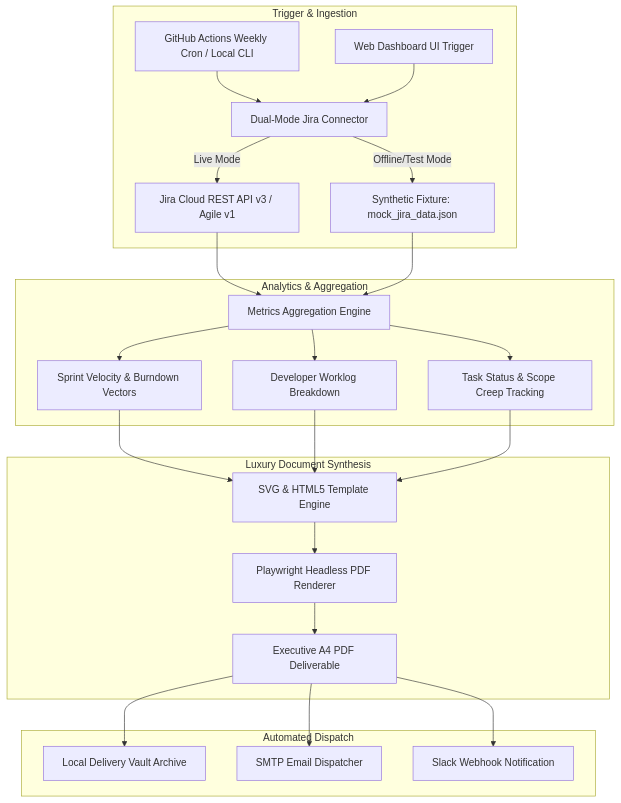
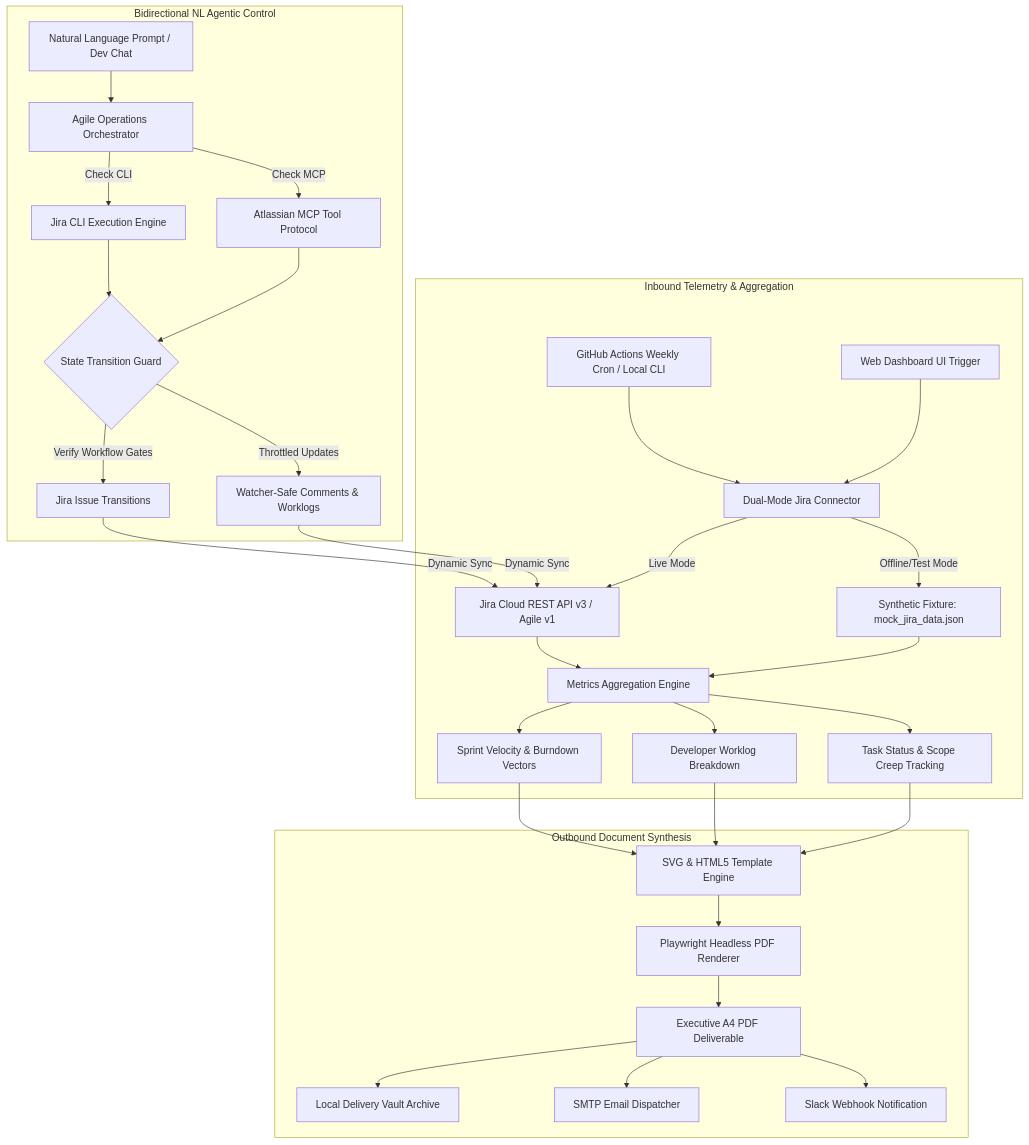
One commit to zadevpenseo/zadevpenseo.github.io changed the diagram in src/content/docs/case-studies/data-analysis/jira-weekly-report-automation-40725359.mdx. Above: the diagram before and after it, drawn with Mermaid. The commit also changed other lines of this file and 2 other files, not shown here.

Commit message:
feat(jira): upgrade weekly report to bidirectional CLI & MCP terminal console and update HLD architecture

````diff
--- a/src/content/docs/case-studies/data-analysis/jira-weekly-report-automation-40725359.mdx
+++ b/src/content/docs/case-studies/data-analysis/jira-weekly-report-automation-40725359.mdx
@@ -106,28 +108,32 @@
 ```mermaid
 flowchart TD
-    subgraph Trigger & Ingestion
+    subgraph Inbound Telemetry & Aggregation
         A1[GitHub Actions Weekly Cron / Local CLI] --> B[Dual-Mode Jira Connector]
         A2[Web Dashboard UI Trigger] --> B
         B -->|Live Mode| C1[Jira Cloud REST API v3 / Agile v1]
         B -->|Offline/Test Mode| C2[Synthetic Fixture: mock_jira_data.json]
-    end
-
-    subgraph Analytics & Aggregation
         C1 & C2 --> D[Metrics Aggregation Engine]
         D --> E1[Sprint Velocity & Burndown Vectors]
         D --> E2[Developer Worklog Breakdown]
         D --> E3[Task Status & Scope Creep Tracking]
     end
 
-    subgraph Luxury Document Synthesis
+    subgraph Outbound Document Synthesis
         E1 & E2 & E3 --> F[SVG & HTML5 Template Engine]
         F --> G[Playwright Headless PDF Renderer]
         G --> H[Executive A4 PDF Deliverable]
-    end
-
-    subgraph Automated Dispatch
         H --> I1[Local Delivery Vault Archive]
         H --> I2[SMTP Email Dispatcher]
         H --> I3[Slack Webhook Notification]
     end
+
+    subgraph Bidirectional NL Agentic Control
+        J1[Natural Language Prompt / Dev Chat] --> K[Agile Operations Orchestrator]
+        K -->|Check CLI| L1[Jira CLI Execution Engine]
+        K -->|Check MCP| L2[Atlassian MCP Tool Protocol]
+        L1 & L2 --> M{State Transition Guard}
+        M -->|Verify Workflow Gates| N1[Jira Issue Transitions]
+        M -->|Throttled Updates| N2[Watcher-Safe Comments & Worklogs]
+        N1 & N2 -->|Dynamic Sync| C1
+    end
 ```
````
